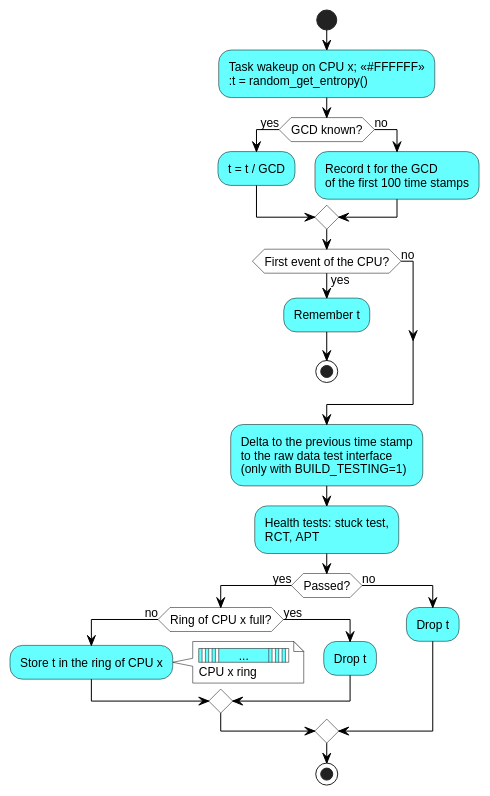
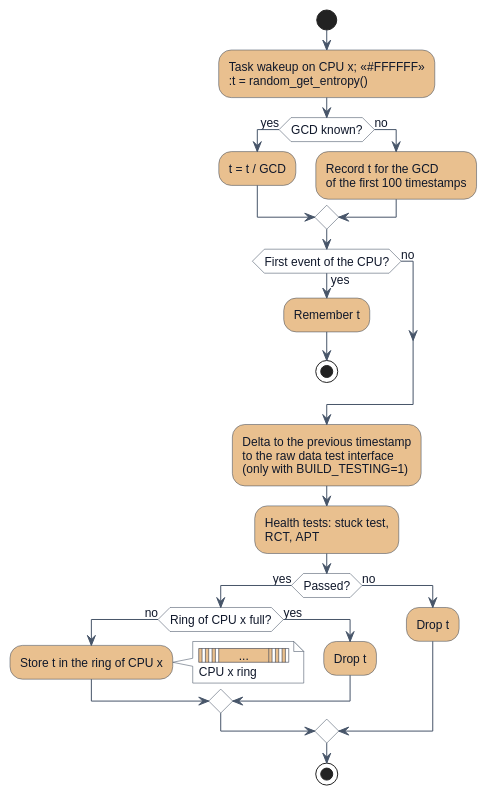
The diagram in doc/typst/figures/sched-pool-management.puml (thillux/esdm), drawn with PlantUML before and after one commit. The commit also changed 41 other files, not shown here.

```diff
--- a/doc/typst/figures/sched-pool-management.puml
+++ b/doc/typst/figures/sched-pool-management.puml
@@ -1,49 +1,50 @@
 @startuml
 ' Figure: Scheduler Event Recording
 ' esdm_time_process() / esdm_time_process_common() of
 ' kernel/esdm_es/esdm_es_timer_common.c - the same for interrupts
 skinparam defaultFontName "Liberation Sans"
+skinparam defaultFontColor #0F172A
 skinparam defaultFontSize 12
 skinparam shadowing false
-skinparam ArrowColor #000000
-skinparam ActivityBorderColor #000000
-skinparam ActivityBackgroundColor #66FFFF
+skinparam ArrowColor #475569
+skinparam ActivityBorderColor #334155
+skinparam ActivityBackgroundColor #E9C08F
 skinparam ActivityDiamondBackgroundColor #FFFFFF
-skinparam ActivityDiamondBorderColor #000000
+skinparam ActivityDiamondBorderColor #334155
 skinparam NoteBackgroundColor #FFFFFF
-skinparam NoteBorderColor #000000
+skinparam NoteBorderColor #334155
 
 start
 :Task wakeup on CPU x; <<#FFFFFF>>
 :t = random_get_entropy();
 if (GCD known?) then (yes)
   :t = t / GCD;
 else (no)
   :Record t for the GCD
-  of the first 100 time stamps;
+  of the first 100 timestamps;
 endif
 if (First event of the CPU?) then (yes)
   :Remember t;
   stop
 else (no)
 endif
-:Delta to the previous time stamp
+:Delta to the previous timestamp
 to the raw data test interface
 (only with BUILD_TESTING=1);
 :Health tests: stuck test,
 RCT, APT;
 if (Passed?) then (yes)
   if (Ring of CPU x full?) then (no)
     :Store t in the ring of CPU x;
     note right
-      |<#66FFFF>| |<#66FFFF>| |<#66FFFF>| |<#66FFFF>      ...      |<#66FFFF>| |<#66FFFF>| |<#66FFFF>| |
+      |<#E9C08F>| |<#E9C08F>| |<#E9C08F>| |<#E9C08F>      ...      |<#E9C08F>| |<#E9C08F>| |<#E9C08F>| |
       CPU x ring
     end note
   else (yes)
     :Drop t;
   endif
 else (no)
   :Drop t;
 endif
 stop
 @enduml
```
